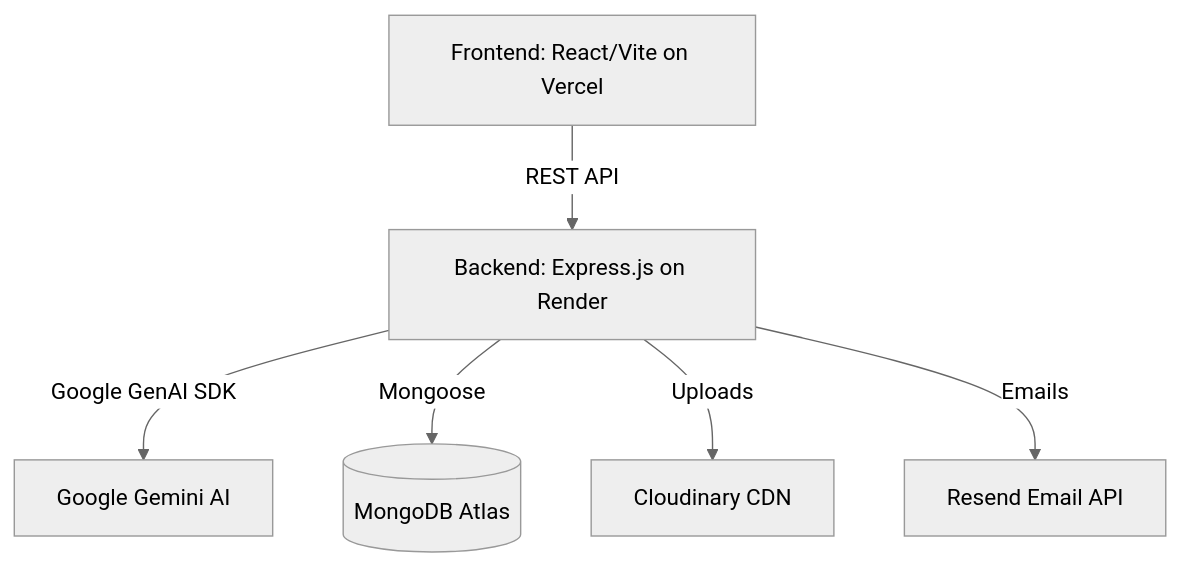
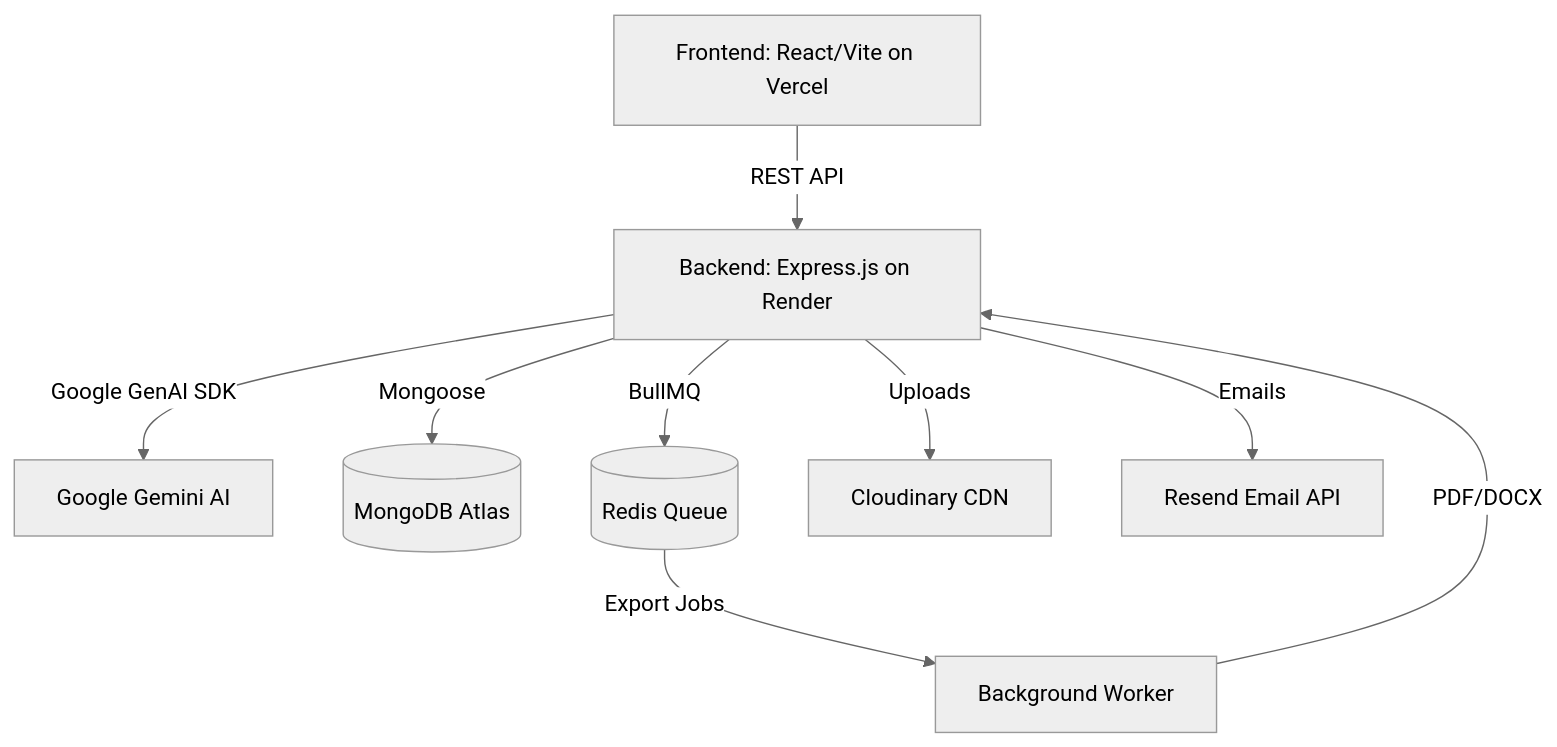
One commit to Rajksri02/bookgenie-ai changed the diagram in README.md. Above: the diagram before and after it, drawn with Mermaid (neutral theme). The commit also changed other lines of this file, not shown here.

Commit message:
docs: update README with new architecture, features, and setup instructions

````diff
--- a/README.md
+++ b/README.md
@@ -38,8 +41,11 @@
 ```mermaid
 graph TD
     Client[Frontend: React/Vite on Vercel] -->|REST API| API[Backend: Express.js on Render]
     API -->|Google GenAI SDK| Gemini[Google Gemini AI]
     API -->|Mongoose| MongoDB[(MongoDB Atlas)]
+    API -->|BullMQ| Redis[(Redis Queue)]
+    Redis -->|Export Jobs| Worker[Background Worker]
+    Worker -->|PDF/DOCX| API
     API -->|Uploads| Cloudinary[Cloudinary CDN]
     API -->|Emails| Resend[Resend Email API]
 ```
````
